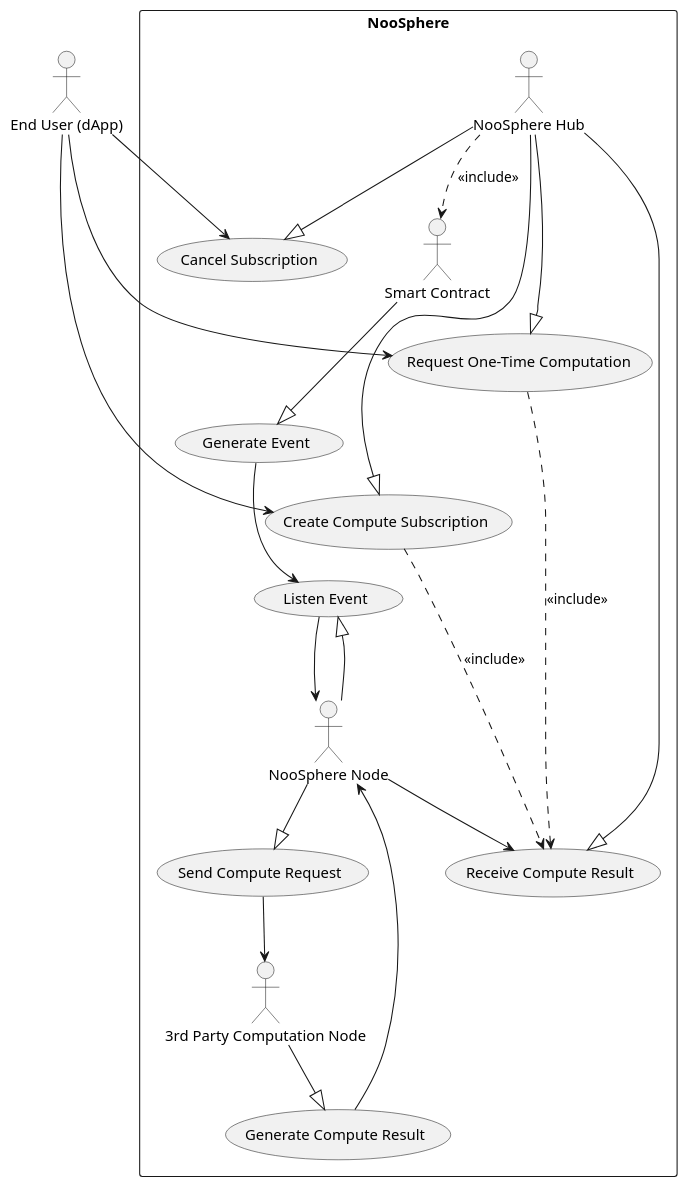
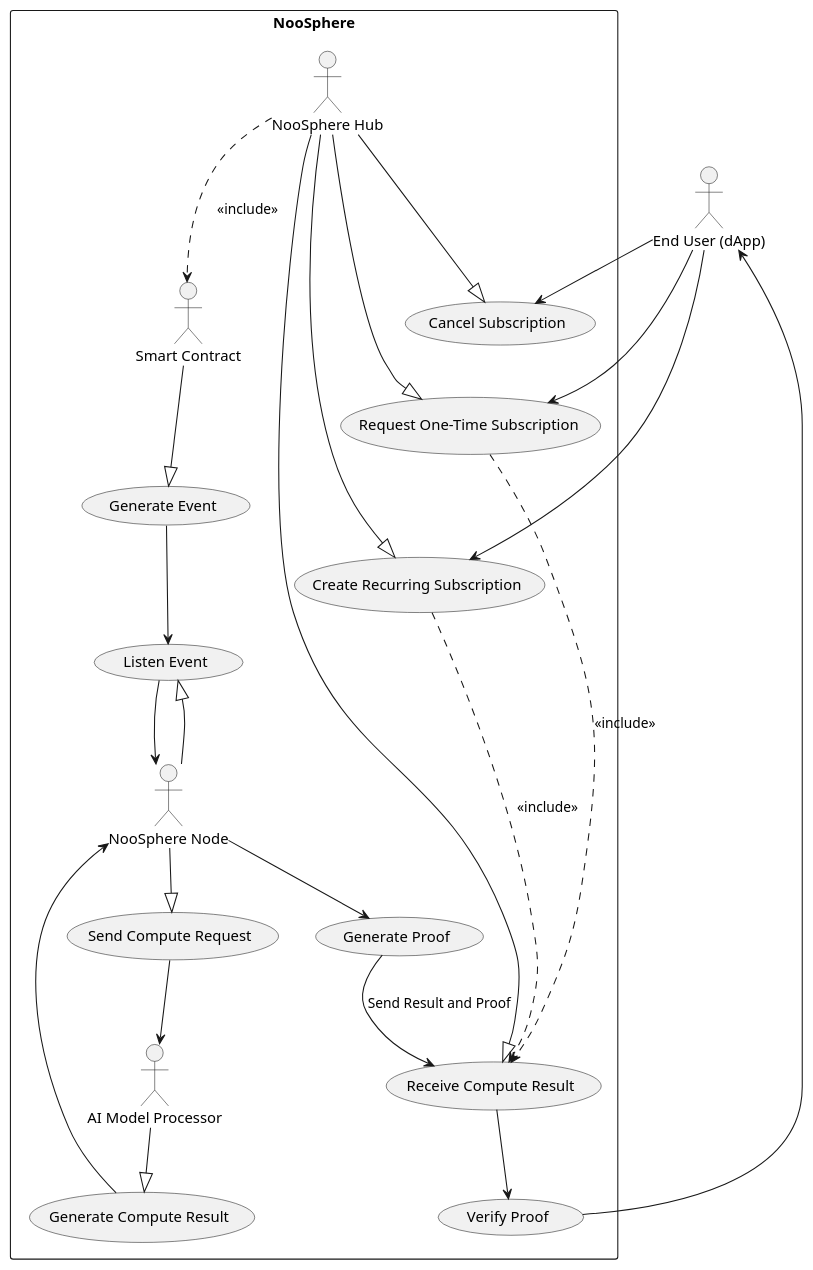
One commit to hpp-io/noosphere changed the diagram in NooSphere_Use_Case_2.puml. Above: the diagram before and after it, drawn with PlantUML.

Commit message:
HPP-14, HPP-1 added use case diagram

```diff
--- a/NooSphere_Use_Case_2.puml
+++ b/NooSphere_Use_Case_2.puml
@@ -1,56 +1,62 @@
 @startuml
 top to bottom direction
 
 actor "End User (dApp)" as User
 
 rectangle "NooSphere" {
   actor "NooSphere Hub" as Hub
   actor "Smart Contract" as Contract
   actor "NooSphere Node" as Node
-  actor "3rd Party Computation Node" as CNode
+  actor "AI Model Processor" as CNode
 
-  usecase "Request One-Time Computation" as UC1
-  usecase "Create Compute Subscription" as UC2
+  usecase "Request One-Time Subscription" as UC1
+  usecase "Create Recurring Subscription" as UC2
   usecase "Cancel Subscription" as UC3
   usecase "Receive Compute Result" as UC4
   usecase "Send Compute Request" as UC5
   usecase "Generate Event" as UC7
   usecase "Listen Event" as UC8
   usecase "Generate Compute Result" as UC9
+  usecase "Generate Proof" as UC10
+  usecase "Verify Proof" as UC11
 }
 
 User --> UC1
 User --> UC2
 User --> UC3
-
-'note left of UC1: Node is actively listening for events from the Ritual contracts on-chain.
 
 Hub --|> UC1
 Hub --|> UC2
 Hub --|> UC3
 Hub --|> UC4
 Node --|> UC5
 UC7 --> UC8
 Contract --|> UC7
 Node --|> UC8
 UC8 --> Node
 
 
 'Contract --|> UC1
 'Contract --|> UC2
 'Contract --|> UC3
 'Contract --|> UC4
 
 UC1 ..> UC4 : <<include>>
 UC2 ..> UC4 : <<include>>
 Hub ..> Contract : <<include>>
 
 CNode --|> UC9
 'CNode ..> UC9 : <<delivers>>
 'UC6 ..> UC9 : <<delivers>>
 UC9 --> Node
 
 UC5 --> CNode
-Node --> UC4
+
+Node --> UC10
+UC10 --> UC4 : Send Result and Proof
+
+UC4 --> UC11
+
+UC11 --> User
 
 @enduml
```
